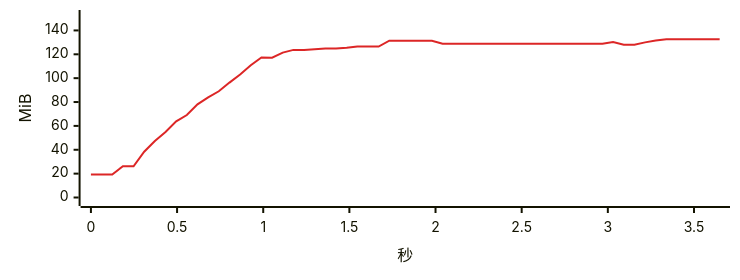
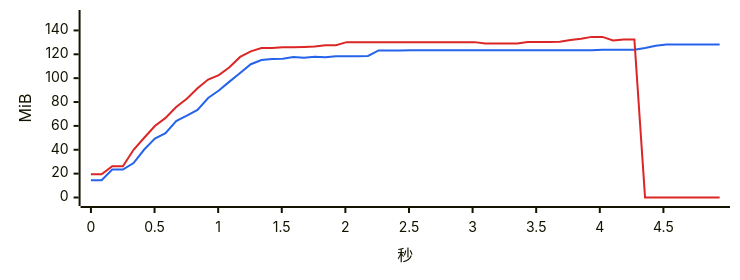
One commit to 334456777/WeFlow changed the eighth of 17 diagrams in bench/v4.1.0/summary.md. Above: the diagram before and after it, drawn with Mermaid. The commit also changed other lines of this file and 3 other files, not shown here.

````diff
--- a/bench/v4.1.0/summary.md
+++ b/bench/v4.1.0/summary.md
@@ -359,7 +364,8 @@
 ```mermaid
-%%{init: {"xyChart": {"width": 720, "height": 260}, "themeVariables": {"xyChart": {"plotColorPalette": "#dc2626"}}}}%%
+%%{init: {"xyChart": {"width": 720, "height": 260}, "themeVariables": {"xyChart": {"plotColorPalette": "#2563eb, #dc2626"}}}}%%
 xychart-beta
-    x-axis "秒" 0 --> 3.649
+    x-axis "秒" 0 --> 4.942
     y-axis "MiB" 0 --> 150
-    line [19.3, 19.3, 19.3, 26.2, 26.2, 38.4, 47.3, 54.9, 63.8, 69.1, 78.1, 83.9, 89.0, 96.3, 103.0, 110.8, 117.4, 117.1, 121.4, 123.7, 123.7, 124.2, 124.8, 124.8, 125.4, 126.5, 126.5, 126.5, 131.4, 131.4, 131.4, 131.4, 131.4, 128.8, 128.8, 128.8, 128.8, 128.8, 128.8, 128.8, 128.8, 128.8, 128.8, 128.8, 128.8, 128.8, 128.8, 128.8, 128.8, 130.2, 128.0, 128.1, 130.0, 131.6, 132.7, 132.7, 132.7, 132.7, 132.7, 132.7]
+    line [14.4, 14.4, 23.4, 23.4, 28.9, 40.2, 49.3, 53.9, 64.1, 68.7, 73.4, 83.4, 89.6, 97.1, 104.4, 111.7, 115.2, 116.1, 116.3, 117.7, 117.1, 118.0, 117.5, 118.3, 118.3, 118.4, 118.6, 123.2, 123.2, 123.2, 123.3, 123.3, 123.3, 123.3, 123.3, 123.3, 123.3, 123.3, 123.3, 123.3, 123.3, 123.3, 123.3, 123.3, 123.3, 123.3, 123.3, 123.3, 123.8, 123.8, 123.8, 123.9, 125.3, 127.1, 128.2, 128.3, 128.3, 128.3, 128.3, 128.3]
+    line [19.4, 19.4, 26.2, 26.2, 40.0, 50.1, 59.9, 66.7, 75.8, 82.8, 91.5, 98.8, 102.6, 109.1, 117.8, 122.5, 125.2, 125.3, 125.9, 126.0, 126.2, 126.5, 127.6, 127.6, 130.2, 130.2, 130.2, 130.2, 130.2, 130.2, 130.2, 130.2, 130.2, 130.2, 130.2, 130.2, 130.2, 129.0, 129.0, 129.0, 129.0, 130.4, 130.4, 130.4, 130.5, 131.9, 133.1, 134.6, 134.6, 131.6, 132.3, 132.3, 0.0, 0.0, 0.0, 0.0, 0.0, 0.0, 0.0, 0.0]
 ```
````
